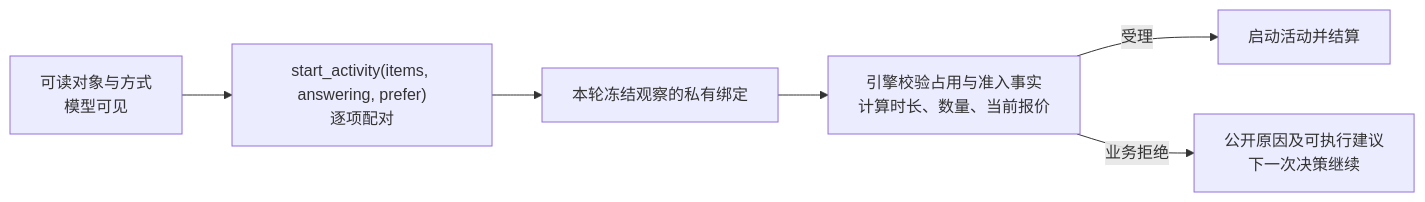
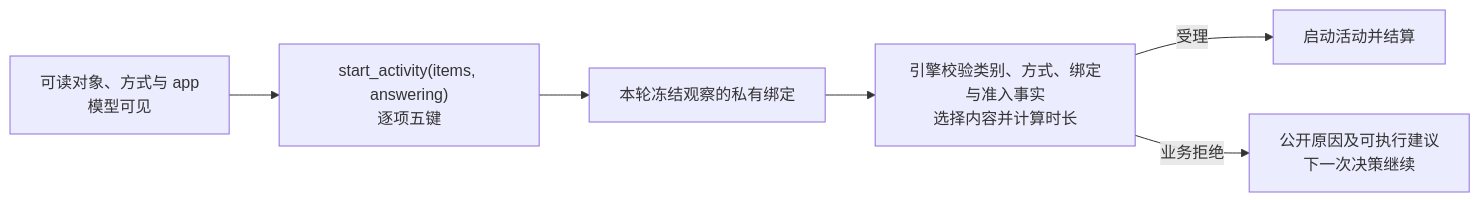
Before and after one commit to HoldThatThgt/WorldMock: the third of 5 diagrams in docs/dev/SPEC-agent-interaction.md, drawn with Mermaid. The commit also changed other lines of this file and 66 other files, not shown here.

````diff
--- a/docs/dev/SPEC-agent-interaction.md
+++ b/docs/dev/SPEC-agent-interaction.md
@@ -304,8 +301,8 @@
 ```mermaid
 flowchart LR
-    O["可读对象与方式<br/>模型可见"] --> S["start_activity(items, answering, prefer)<br/>逐项配对"]
+    O["可读对象、方式与 app<br/>模型可见"] --> S["start_activity(items, answering)<br/>逐项五键"]
     S --> B["本轮冻结观察的私有绑定"]
-    B --> V["引擎校验占用与准入事实<br/>计算时长、数量、当前报价"]
+    B --> V["引擎校验类别、方式、绑定与准入事实<br/>选择内容并计算时长"]
     V -->|受理| A["启动活动并结算"]
     V -->|业务拒绝| R["公开原因及可执行建议<br/>下一次决策继续"]
 ```
````
